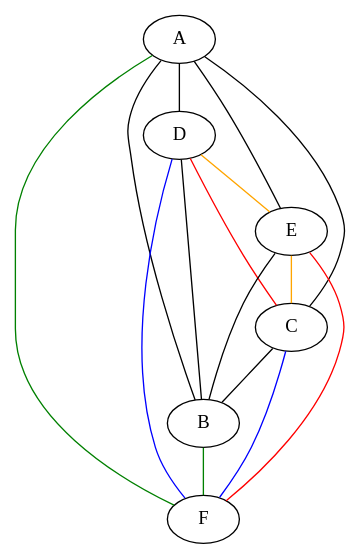
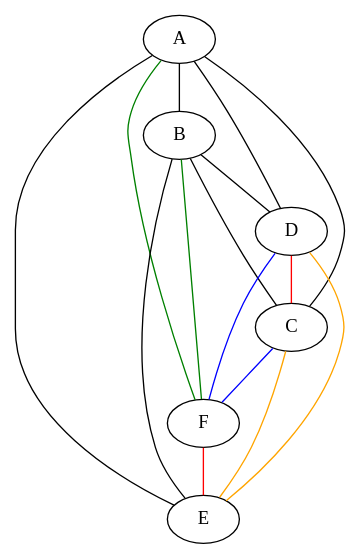
The diagram in src/create_graph.dot (lrodrin/TFG), drawn with Graphviz before and after one commit. The commit also changed 8 other files, not shown here.

```diff
--- a/src/create_graph.dot
+++ b/src/create_graph.dot
@@ -1,23 +1,23 @@
 strict graph "" {
 A;
+B;
 D;
+C;
+F;
 E;
-C;
-B;
-F;
 A -- C  [color=black];
+A -- F  [color=green];
+A -- E  [color=black];
 A -- B  [color=black];
-A -- E  [color=black];
 A -- D  [color=black];
-A -- F  [color=green];
+B -- C  [color=black];
+B -- F  [color=green];
+B -- E  [color=black];
+B -- D  [color=black];
 D -- C  [color=red];
-D -- B  [color=black];
+D -- F  [color=blue];
 D -- E  [color=orange];
-D -- F  [color=blue];
-E -- C  [color=orange];
-E -- B  [color=black];
-E -- F  [color=red];
-C -- B  [color=black];
 C -- F  [color=blue];
-B -- F  [color=green];
+C -- E  [color=orange];
+F -- E  [color=red];
 }
```
